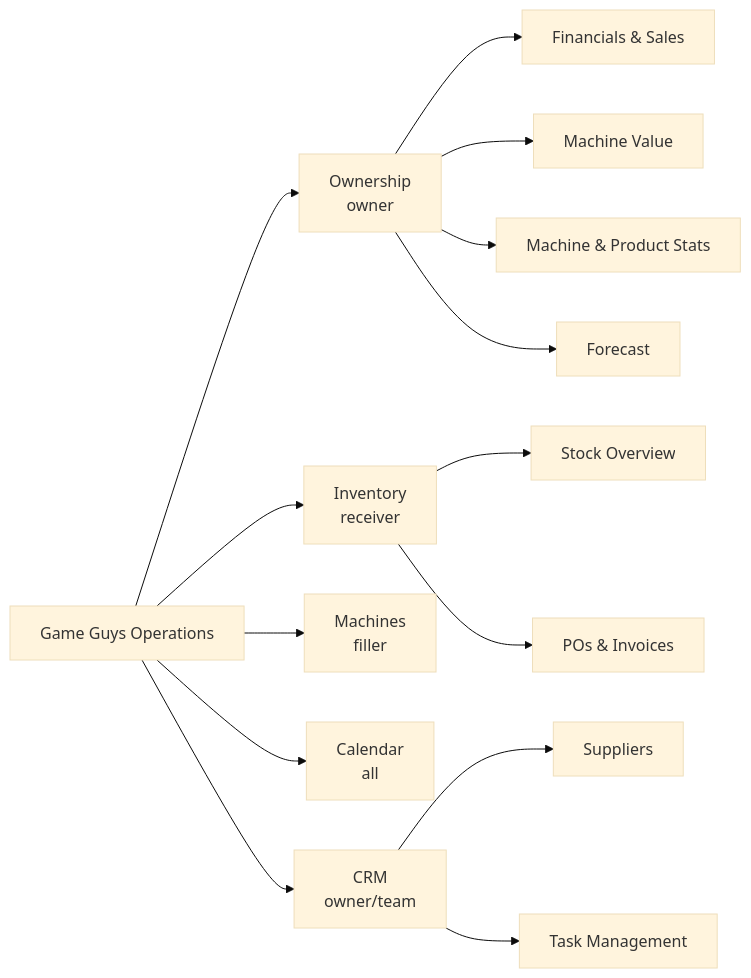
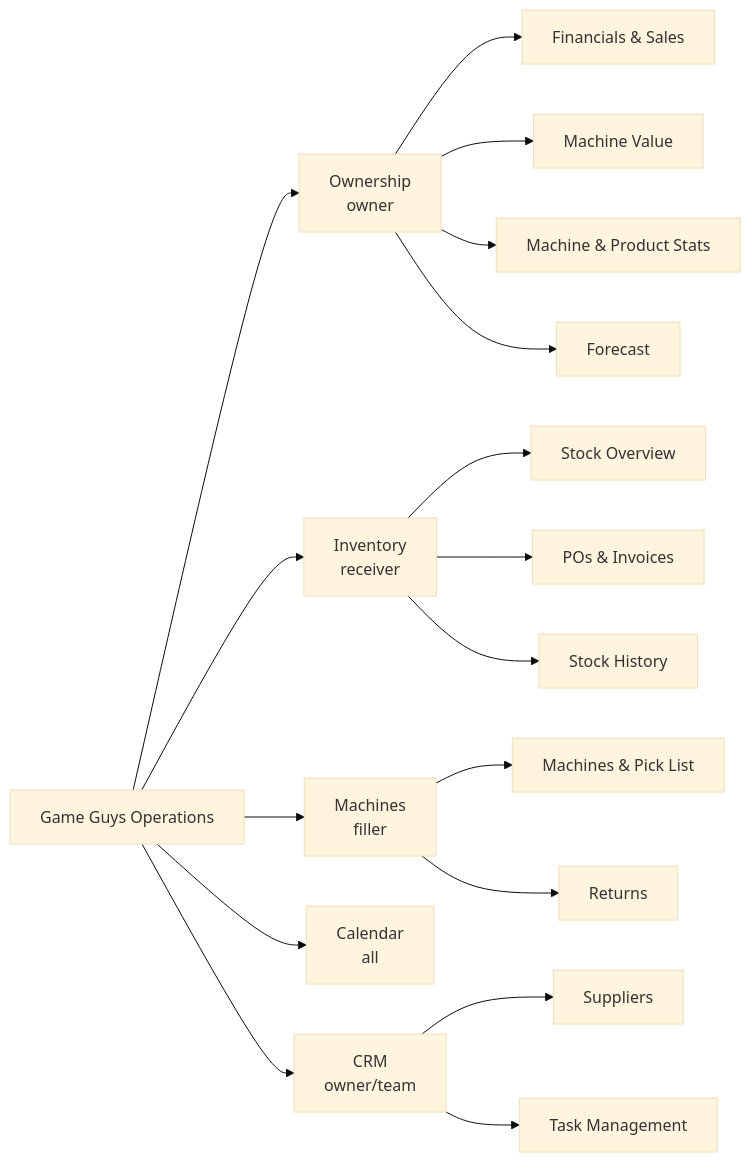
Before and after one commit to josh441/gameguys-proposed-ui: the first of 7 diagrams in BUILD-PLAN.md, drawn with Mermaid (base theme). The commit also changed other lines of this file and 8 other files, not shown here.

Commit message:
feat: refine stock returns and Nayax pricing

````diff
--- a/BUILD-PLAN.md
+++ b/BUILD-PLAN.md
@@ -40,17 +41,20 @@
 ```mermaid
 flowchart LR
   Root[Game Guys Operations] --> O[Ownership<br/>owner]
   Root --> I[Inventory<br/>receiver]
   Root --> M[Machines<br/>filler]
   Root --> C[Calendar<br/>all]
   Root --> R[CRM<br/>owner/team]
 
   O --> O1[Financials & Sales]
   O --> O2[Machine Value]
   O --> O3[Machine & Product Stats]
   O --> O4[Forecast]
   I --> I1[Stock Overview]
   I --> I2[POs & Invoices]
+  I --> I3[Stock History]
+  M --> M1[Machines & Pick List]
+  M --> M2[Returns]
   R --> R1[Suppliers]
   R --> R2[Task Management]
 ```
````
